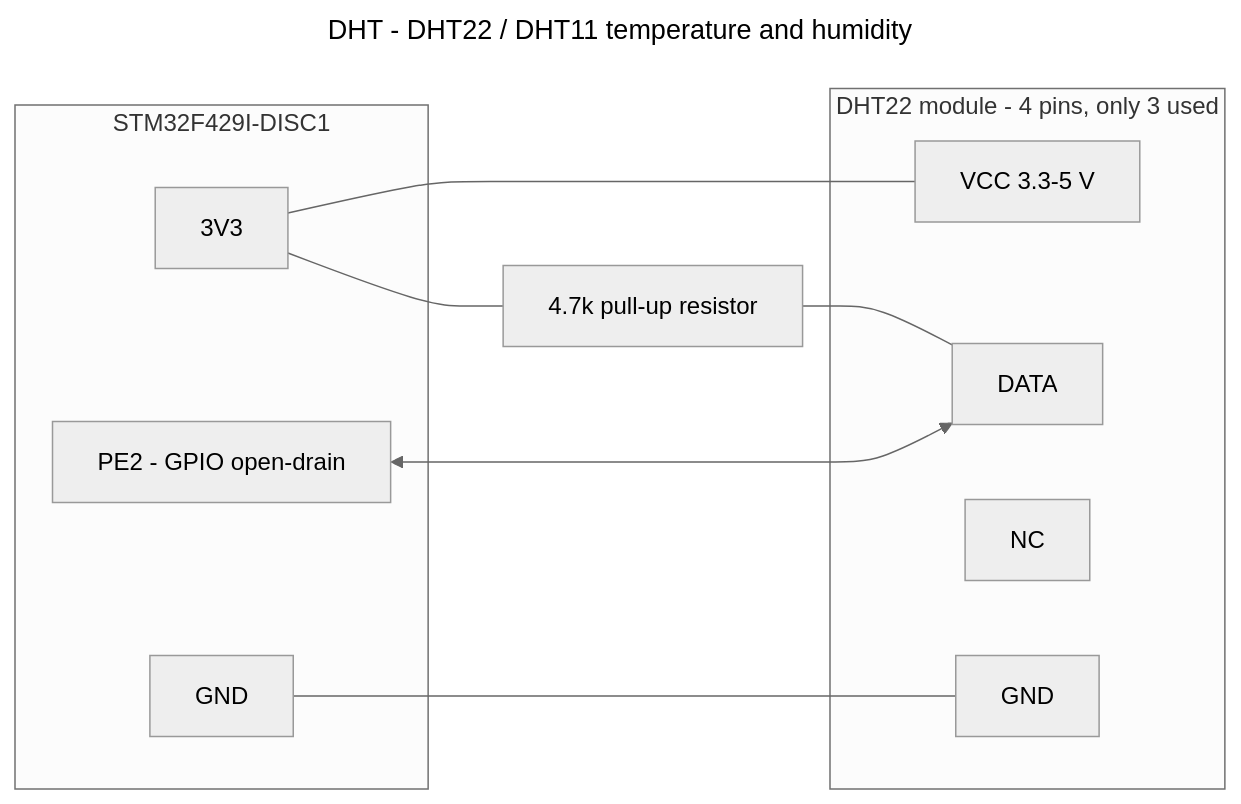
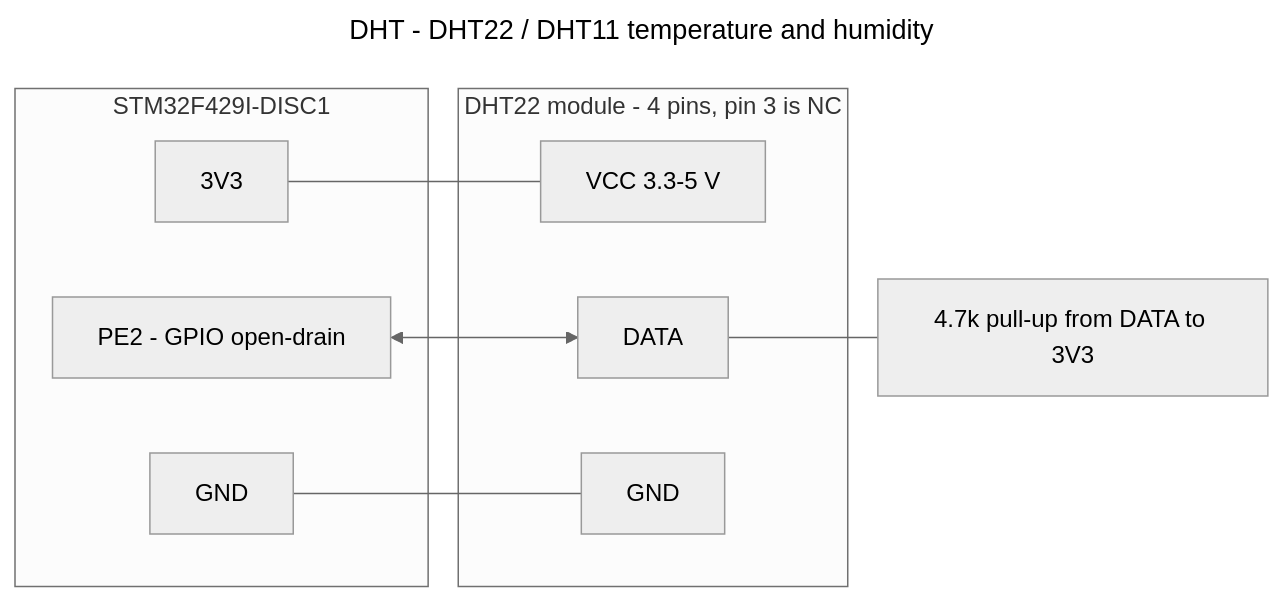
Before and after one commit to Ekpenyong-Esu/BareMetalMCU2: the diagram in Sensor_Cons/Peripherals/DHT/dht_wiring.mmd, drawn with Mermaid (neutral theme). The commit also changed 13 other files, not shown here.

```diff
--- a/Sensor_Cons/Peripherals/DHT/dht_wiring.mmd
+++ b/Sensor_Cons/Peripherals/DHT/dht_wiring.mmd
@@ -1,30 +1,28 @@
 ---
 title: DHT - DHT22 / DHT11 temperature and humidity
 ---
 %% NO DOCUMENTED PINS - DHT_Init takes any port and pin.
 %% PE2 is free in project.ioc.
 %% The 4.7k pull-up is mandatory: the DATA line is open-drain and both ends
 %% only ever pull it low.
 %% Pin must be configured open-drain - the driver drives the line both ways.
 %% DHT22 needs 2 s between reads, DHT11 needs 1 s.
 flowchart LR
     subgraph MCU["STM32F429I-DISC1"]
         PE2["PE2 - GPIO open-drain"]
         V33["3V3"]
         GND["GND"]
     end
 
-    PU["4.7k pull-up resistor"]
-
-    subgraph DHT["DHT22 module - 4 pins, only 3 used"]
+    subgraph DHT["DHT22 module - 4 pins, pin 3 is NC"]
         dV["VCC 3.3-5 V"]
         dD["DATA"]
-        dNC["NC"]
         dG["GND"]
     end
 
-    V33 --- PU
-    PU --- dD
+    PU["4.7k pull-up from DATA to 3V3"]
+
+    V33 --- dV
     PE2 <--> dD
-    V33 --- dV
     GND --- dG
+    dD --- PU
```
